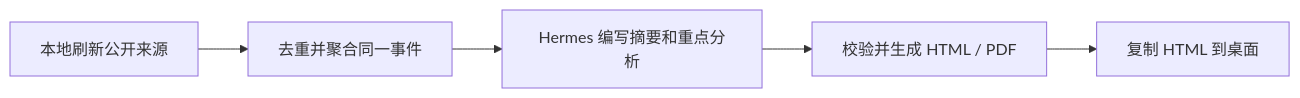
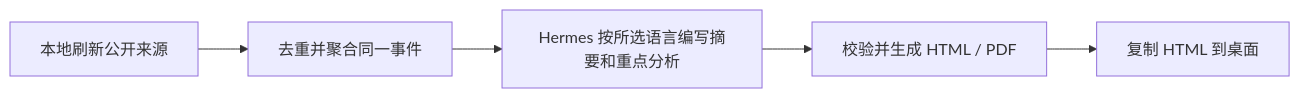
Before and after one commit to Merak-Wang/daily-intelligence-skill: the diagram in README.md, drawn with Mermaid. The commit also changed other lines of this file and 56 other files, not shown here.

````diff
--- a/README.md
+++ b/README.md
@@ -114,7 +129,7 @@
 ```mermaid
 flowchart LR
     A["本地刷新公开来源"] --> B["去重并聚合同一事件"]
-    B --> C["Hermes 编写摘要和重点分析"]
+    B --> C["Hermes 按所选语言编写摘要和重点分析"]
     C --> D["校验并生成 HTML / PDF"]
     D --> E["复制 HTML 到桌面"]
 ```
````
